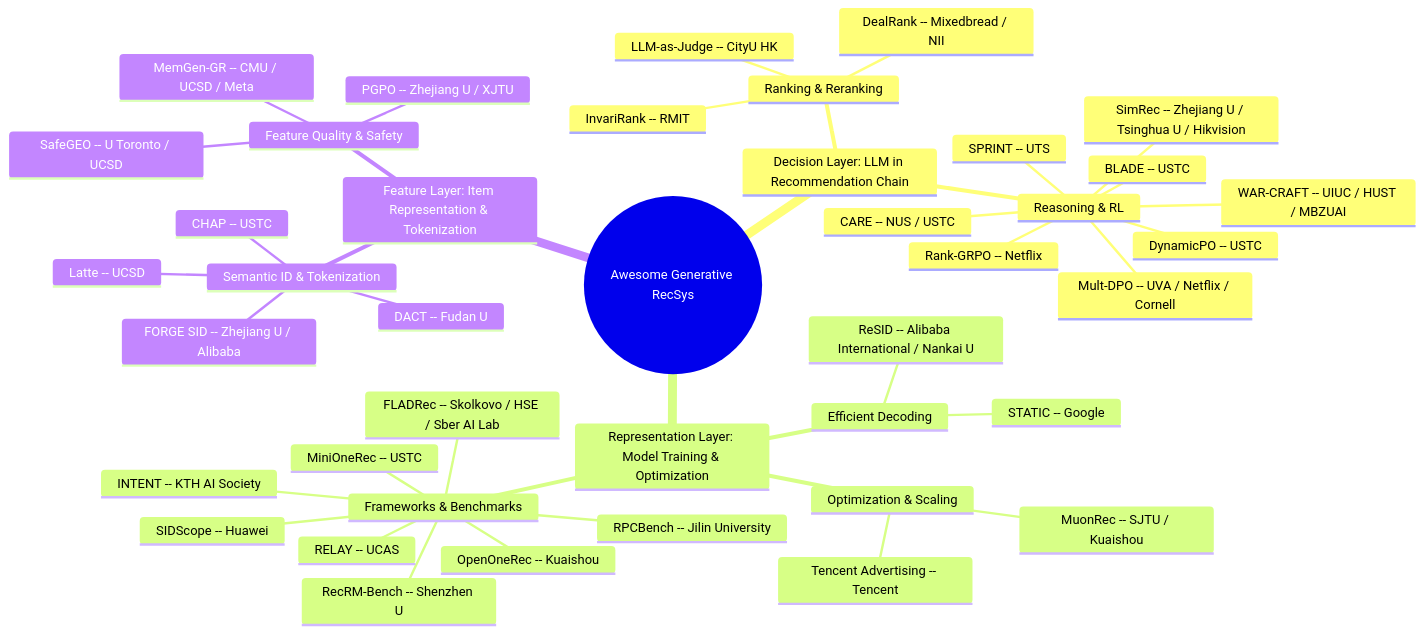
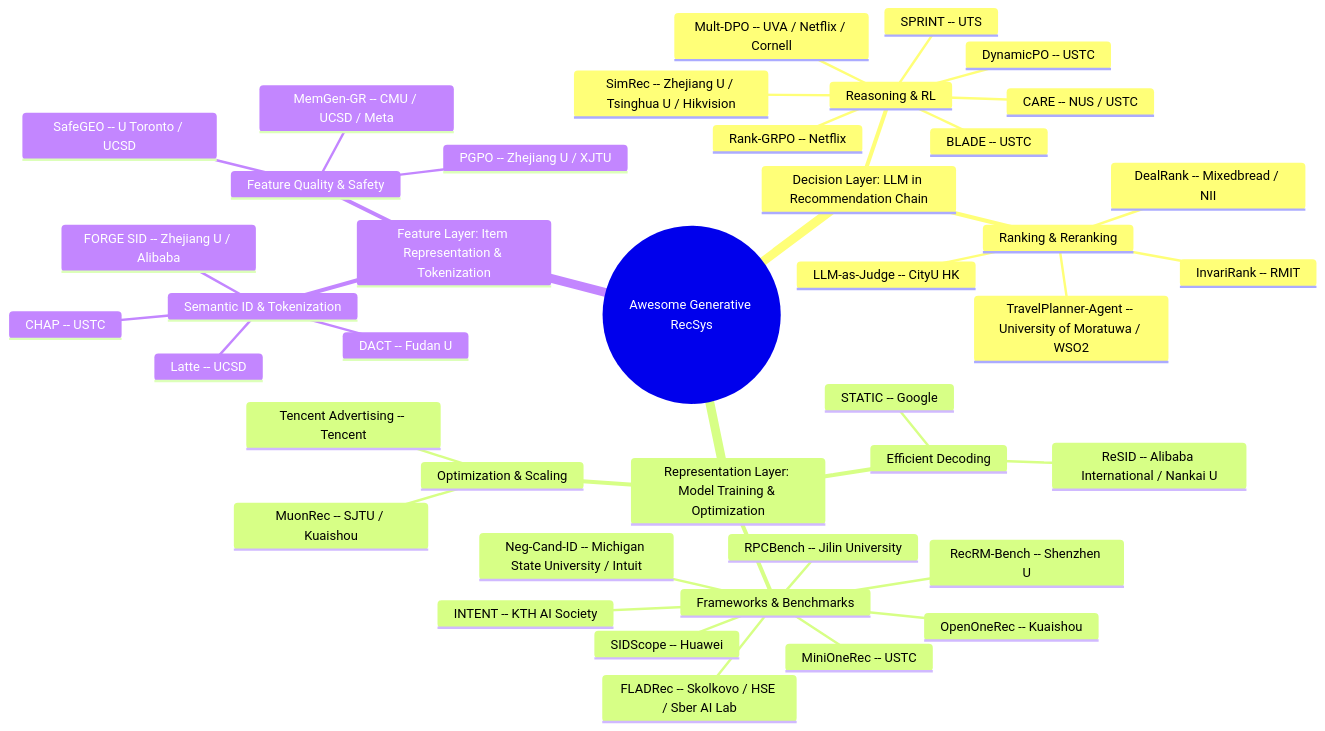
The diagram in README.md (HaFred/awesome-generative-recsys), drawn with Mermaid before and after one commit. The commit also changed other lines of this file and 3 other files, not shown here.

Commit message:
feat: Neg-Cand-ID and TravelPlanner-Agent lead 8 fallback gen-rec papers with PEARL preference drift

````diff
--- a/README.md
+++ b/README.md
@@ -30,44 +30,44 @@
 ```mermaid
 mindmap
   root((Awesome Generative RecSys))
     Decision Layer: LLM in Recommendation Chain
       Reasoning & RL
-        WAR-CRAFT -- UIUC / HUST / MBZUAI
         Rank-GRPO -- Netflix
         DynamicPO -- USTC
         BLADE -- USTC
         SPRINT -- UTS
         CARE -- NUS / USTC
         Mult-DPO -- UVA / Netflix / Cornell
         SimRec -- Zhejiang U / Tsinghua U / Hikvision
       Ranking & Reranking
         InvariRank -- RMIT
+        TravelPlanner-Agent -- University of Moratuwa / WSO2
         DealRank -- Mixedbread / NII
         LLM-as-Judge -- CityU HK
     Representation Layer: Model Training & Optimization
       Frameworks & Benchmarks
         MiniOneRec -- USTC
         OpenOneRec -- Kuaishou
         RecRM-Bench -- Shenzhen U
         SIDScope -- Huawei
         RPCBench -- Jilin University
         INTENT -- KTH AI Society
-        RELAY -- UCAS
         FLADRec -- Skolkovo / HSE / Sber AI Lab
+        Neg-Cand-ID -- Michigan State University / Intuit
       Efficient Decoding
         STATIC -- Google
         ReSID -- Alibaba International / Nankai U
       Optimization & Scaling
         MuonRec -- SJTU / Kuaishou
         Tencent Advertising -- Tencent
     Feature Layer: Item Representation & Tokenization
       Semantic ID & Tokenization
         Latte -- UCSD
         FORGE SID -- Zhejiang U / Alibaba
         DACT -- Fudan U
         CHAP -- USTC
       Feature Quality & Safety
         SafeGEO -- U Toronto / UCSD
         MemGen-GR -- CMU / UCSD / Meta
         PGPO -- Zhejiang U / XJTU
 ```
````
